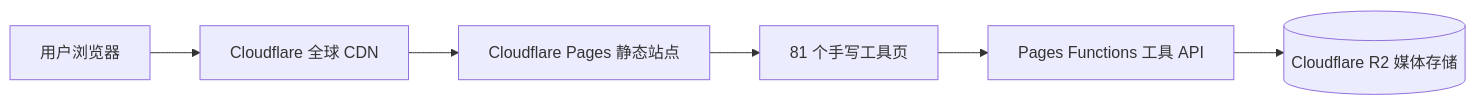
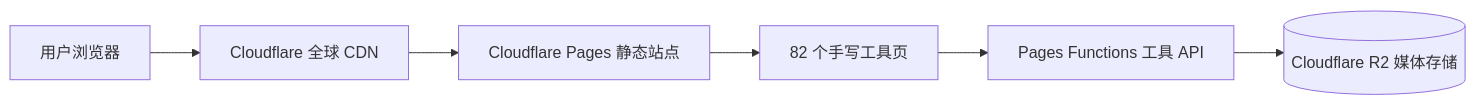
One commit to YupenBob/clover-tools changed the diagram in README.md. Above: the diagram before and after it, drawn with Mermaid. The commit also changed other lines of this file and 33 other files, not shown here.

````diff
--- a/README.md
+++ b/README.md
@@ -62,8 +62,8 @@
 ```mermaid
 flowchart LR
   U[用户浏览器] --> CF[Cloudflare 全球 CDN]
   CF --> P[Cloudflare Pages 静态站点]
-  P --> T[81 个手写工具页]
+  P --> T[82 个手写工具页]
   T --> F[Pages Functions 工具 API]
   F --> R2[(Cloudflare R2 媒体存储)]
 ```
````
